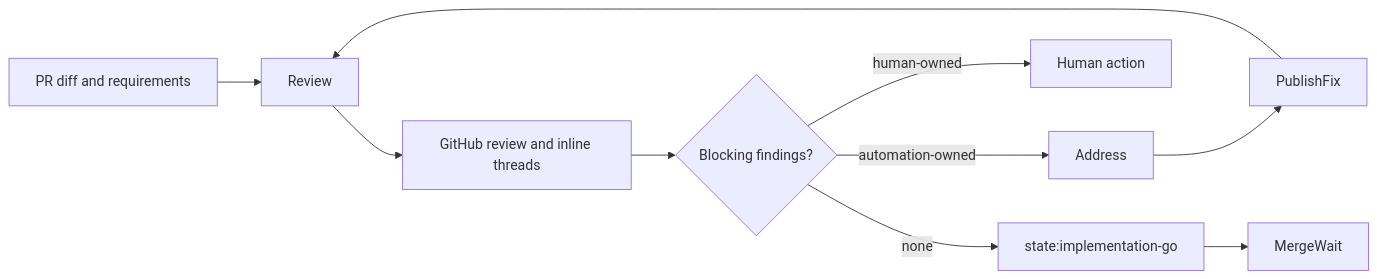
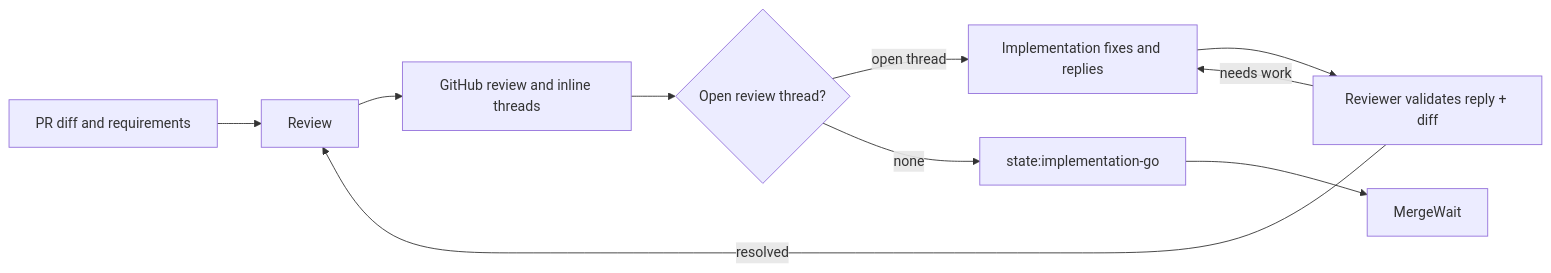
Before and after one commit to HomericIntelligence/Hephaestus: diagram 11 of 16 in docs/architecture.md, drawn with Mermaid. The commit also changed other lines of this file and 91 other files, not shown here.

First line of the commit message:
fix(automation): enforce reviewer-owned thread resolution (#2512)

````diff
--- a/docs/architecture.md
+++ b/docs/architecture.md
@@ -918,10 +918,11 @@
 ```mermaid
 flowchart LR
     PR["PR diff and requirements"] --> Review
     Review --> GitHub["GitHub review and inline threads"]
-    GitHub --> Gate{"Blocking findings?"}
-    Gate -->|"automation-owned"| Address --> PublishFix --> Review
-    Gate -->|"human-owned"| Human["Human action"]
+    GitHub --> Gate{"Open review thread?"}
+    Gate -->|"open thread"| Address["Implementation fixes and replies"] --> Validate["Reviewer validates reply + diff"]
+    Validate -->|"resolved"| Review
+    Validate -->|"needs work"| Address
     Gate -->|"none"| Approve["state:implementation-go"]
     Approve --> MergeWait
 ```
````
